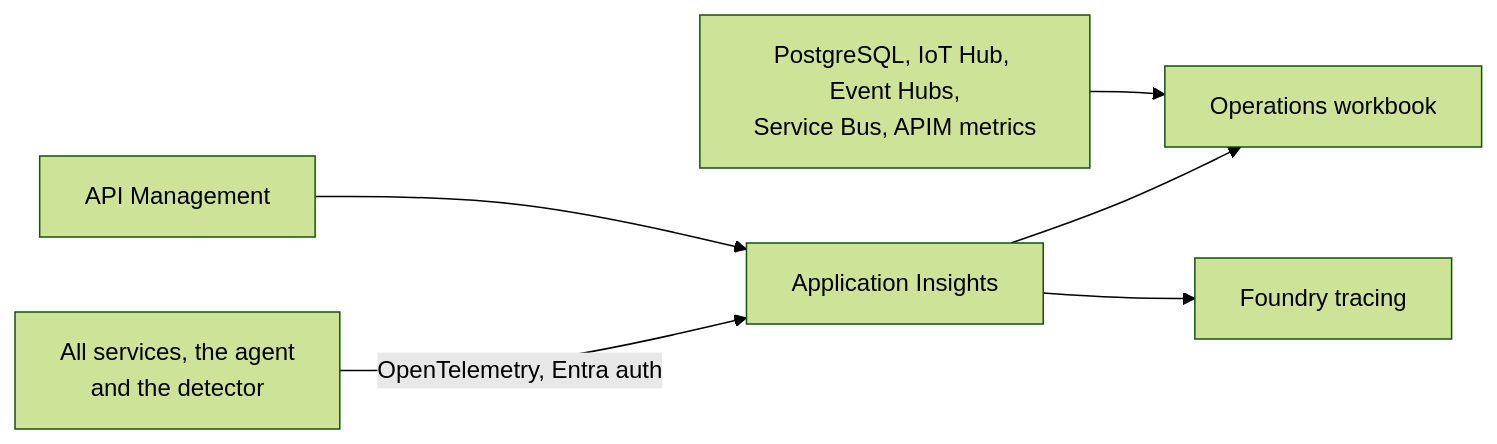
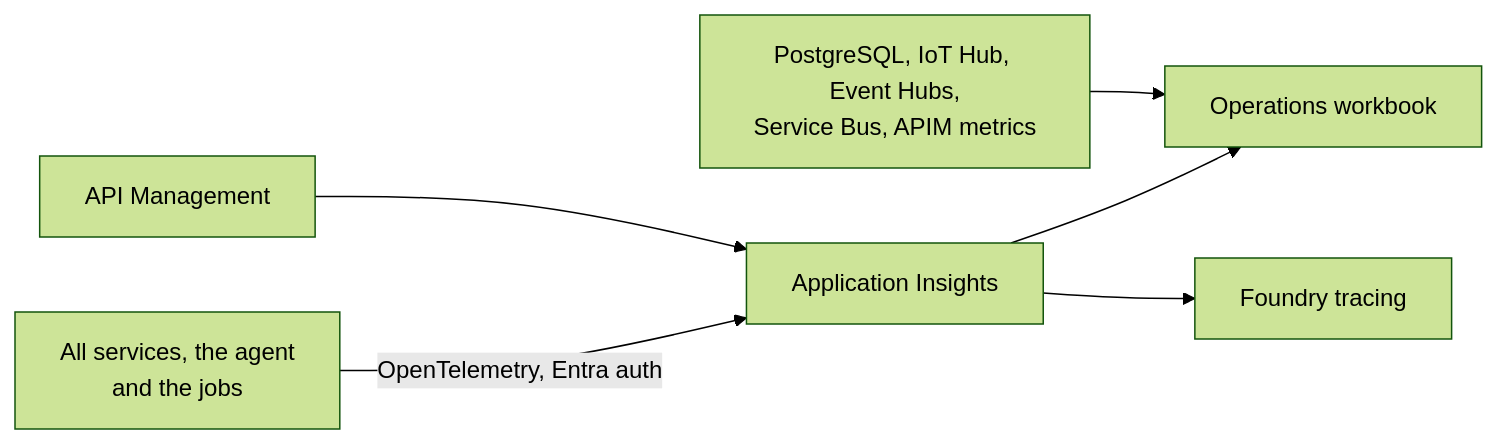
Before and after one commit to ikhemissi/smart-device-platform-sample: the ninth of 11 diagrams in README.md, drawn with Mermaid (forest theme). The commit also changed other lines of this file and 5 other files, not shown here.

````diff
--- a/README.md
+++ b/README.md
@@ -210,8 +227,8 @@
 ```mermaid
 flowchart LR
-  W["All services, the agent<br/>and the detector"] -->|OpenTelemetry, Entra auth| AI[Application Insights]
+  W["All services, the agent<br/>and the jobs"] -->|OpenTelemetry, Entra auth| AI[Application Insights]
   APIM[API Management] --> AI
   AI --> WB["Operations workbook"]
   AI --> F["Foundry tracing"]
   AZ["PostgreSQL, IoT Hub, Event Hubs,<br/>Service Bus, APIM metrics"] --> WB
 ```
````
